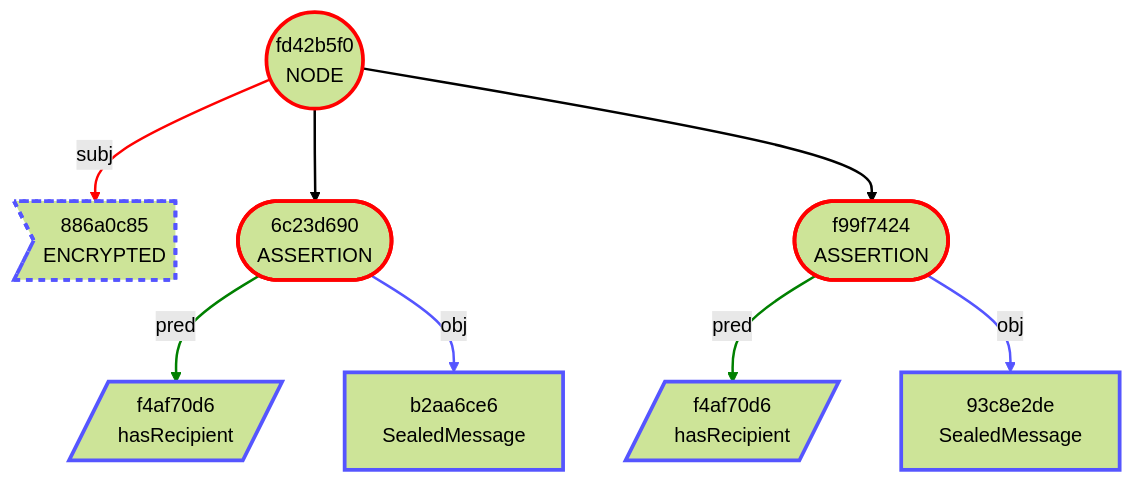
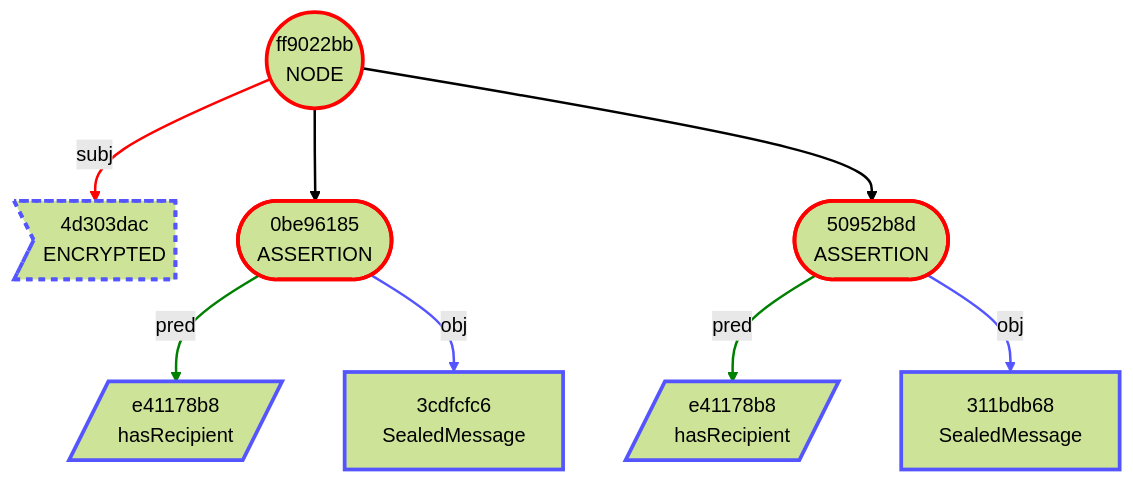
Diagram 17 of 26 in Envelope/OutputFormats.md (BlockchainCommons/Gordian), drawn with Mermaid (forest theme) before and after one commit. The commit also changed other lines of this file and 6 other files, not shown here.

````diff
--- a/Envelope/OutputFormats.md
+++ b/Envelope/OutputFormats.md
@@ -757,33 +835,33 @@
 ```mermaid
 graph TB
-    1(("fd42b5f0<br/>NODE"))
-    2>"886a0c85<br/>ENCRYPTED"]
-    3(["6c23d690<br/>ASSERTION"])
-    4[/"f4af70d6<br/>hasRecipient"/]
-    5["b2aa6ce6<br/>SealedMessage"]
-    6(["f99f7424<br/>ASSERTION"])
-    7[/"f4af70d6<br/>hasRecipient"/]
-    8["93c8e2de<br/>SealedMessage"]
+    1(("ff9022bb<br/>NODE"))
+    2>"4d303dac<br/>ENCRYPTED"]
+    3(["0be96185<br/>ASSERTION"])
+    4[/"e41178b8<br/>hasRecipient"/]
+    5["3cdfcfc6<br/>SealedMessage"]
+    6(["50952b8d<br/>ASSERTION"])
+    7[/"e41178b8<br/>hasRecipient"/]
+    8["311bdb68<br/>SealedMessage"]
     1 -->|subj| 2
     1 --> 3
     3 -->|pred| 4
     3 -->|obj| 5
     1 --> 6
     6 -->|pred| 7
     6 -->|obj| 8
     style 1 stroke:red,stroke-width:3.0px
     style 2 stroke:#55f,stroke-width:3.0px,stroke-dasharray:5.0 5.0
     style 3 stroke:red,stroke-width:3.0px
     style 4 stroke:#55f,stroke-width:3.0px
     style 5 stroke:#55f,stroke-width:3.0px
     style 6 stroke:red,stroke-width:3.0px
     style 7 stroke:#55f,stroke-width:3.0px
     style 8 stroke:#55f,stroke-width:3.0px
     linkStyle 0 stroke:red,stroke-width:2.0px
     linkStyle 1 stroke-width:2.0px
     linkStyle 2 stroke:green,stroke-width:2.0px
     linkStyle 3 stroke:#55f,stroke-width:2.0px
     linkStyle 4 stroke-width:2.0px
     linkStyle 5 stroke:green,stroke-width:2.0px
     linkStyle 6 stroke:#55f,stroke-width:2.0px
 ```
````
